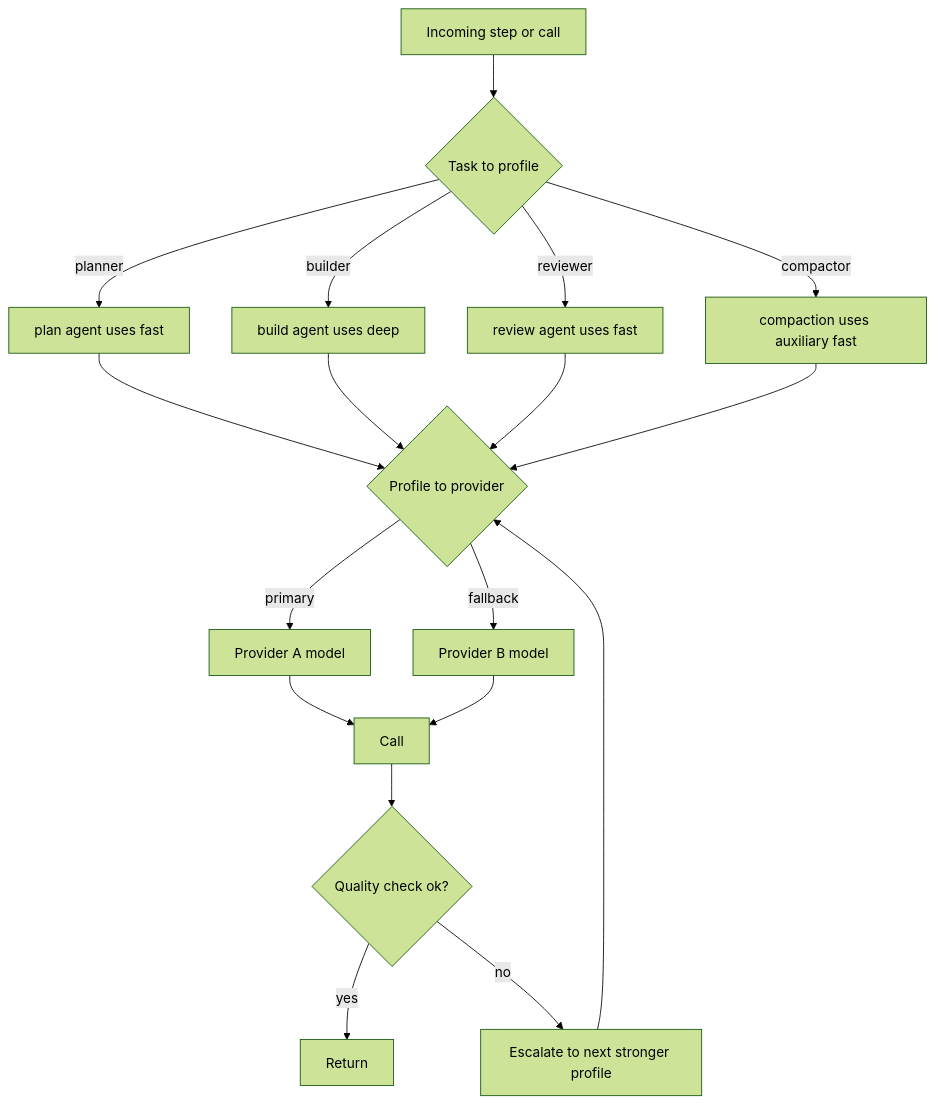
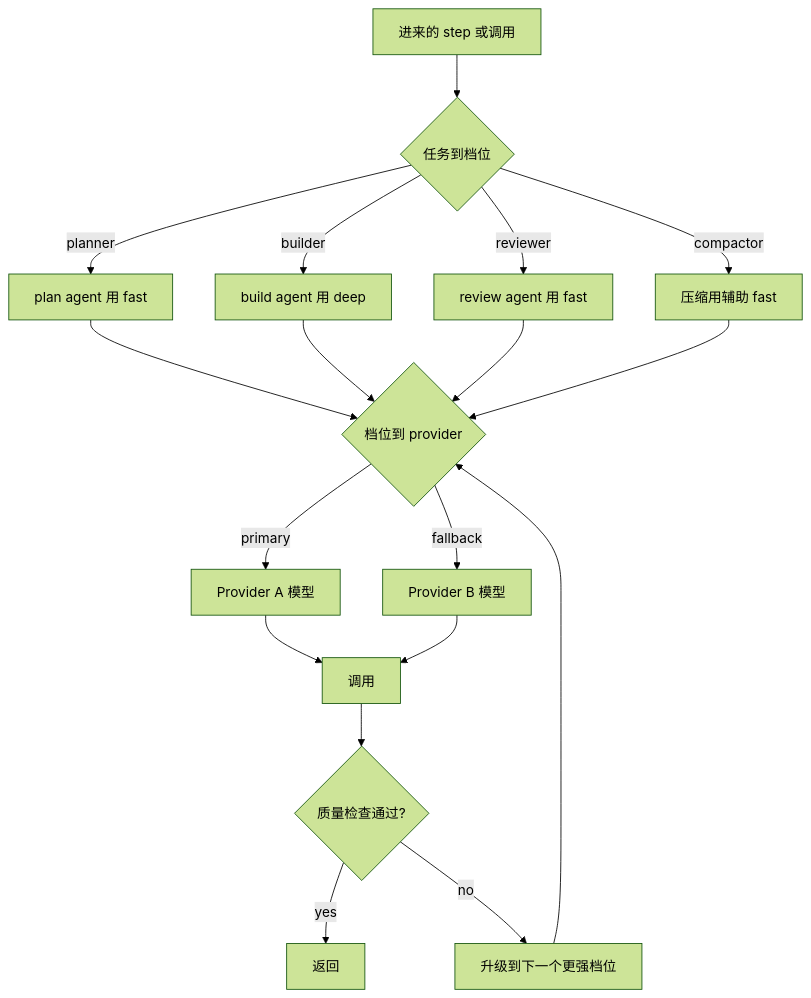
Before and after one commit to ocxers/agentic-ai-system-course-zh: the first of 2 diagrams in course-zh/17-cost-latency-model-strategy.md, drawn with Mermaid (forest theme). The commit also changed other lines of this file and 14 other files, not shown here.

````diff
--- a/course-zh/17-cost-latency-model-strategy.md
+++ b/course-zh/17-cost-latency-model-strategy.md
@@ -64,20 +64,20 @@
 ```mermaid
 flowchart TD
-    Task["Incoming step or call"] --> L1{"Task to profile"}
-    L1 -- planner --> Plan["plan agent uses fast"]
-    L1 -- builder --> Build["build agent uses deep"]
-    L1 -- reviewer --> Rev["review agent uses fast"]
-    L1 -- compactor --> Comp["compaction uses auxiliary fast"]
-    Plan --> L2{"Profile to provider"}
+    Task["进来的 step 或调用"] --> L1{"任务到档位"}
+    L1 -- planner --> Plan["plan agent 用 fast"]
+    L1 -- builder --> Build["build agent 用 deep"]
+    L1 -- reviewer --> Rev["review agent 用 fast"]
+    L1 -- compactor --> Comp["压缩用辅助 fast"]
+    Plan --> L2{"档位到 provider"}
     Build --> L2
     Rev --> L2
     Comp --> L2
-    L2 -- primary --> P1["Provider A model"]
-    L2 -- fallback --> P2["Provider B model"]
-    P1 --> Call["Call"]
+    L2 -- primary --> P1["Provider A 模型"]
+    L2 -- fallback --> P2["Provider B 模型"]
+    P1 --> Call["调用"]
     P2 --> Call
-    Call --> Q{"Quality check ok?"}
-    Q -- yes --> Done["Return"]
-    Q -- no --> Escalate["Escalate to next stronger profile"]
+    Call --> Q{"质量检查通过?"}
+    Q -- yes --> Done["返回"]
+    Q -- no --> Escalate["升级到下一个更强档位"]
     Escalate --> L2
 ```
````
